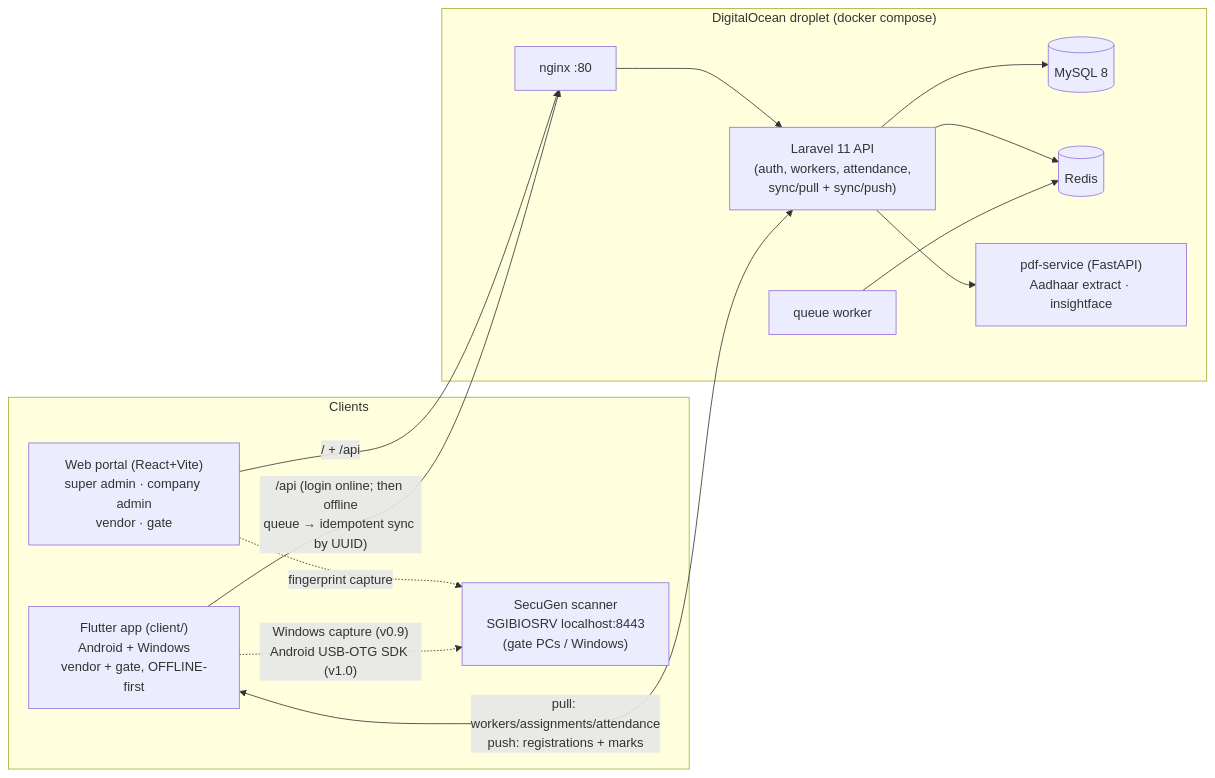
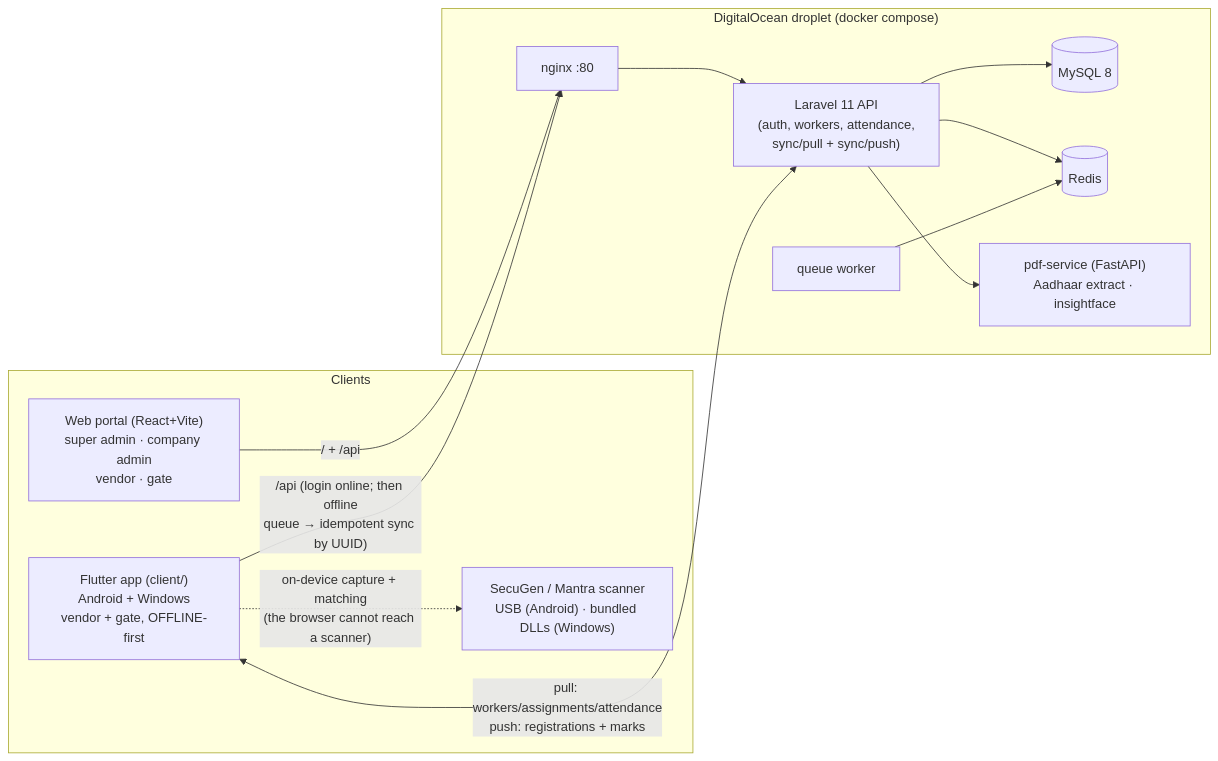
The diagram in README.md (ITSea-Software-Solutions/Attendance-Management-System), drawn with Mermaid before and after one commit. The commit also changed other lines of this file and 5 other files, not shown here.

````diff
--- a/README.md
+++ b/README.md
@@ -13,26 +17,25 @@
 ```mermaid
 flowchart LR
   subgraph Clients
     WEB["Web portal (React+Vite)\nsuper admin · company admin\nvendor · gate"]
     APP["Flutter app (client/)\nAndroid + Windows\nvendor + gate, OFFLINE-first"]
-    SG["SecuGen scanner\nSGIBIOSRV localhost:8443\n(gate PCs / Windows)"]
+    SG["SecuGen / Mantra scanner\nUSB (Android) · bundled DLLs (Windows)"]
   end
   subgraph Server["DigitalOcean droplet (docker compose)"]
     NG[nginx :80]
     BE["Laravel 11 API\n(auth, workers, attendance,\nsync/pull + sync/push)"]
     MY[(MySQL 8)]
     RD[(Redis)]
     PY["pdf-service (FastAPI)\nAadhaar extract · insightface"]
     Q[queue worker]
   end
   WEB -->|/  + /api| NG
   APP -->|"/api (login online; then offline\nqueue → idempotent sync by UUID)"| NG
-  WEB -.->|fingerprint capture| SG
-  APP -.->|"Windows capture (v0.9)\nAndroid USB-OTG SDK (v1.0)"| SG
+  APP -.->|"on-device capture + matching\n(the browser cannot reach a scanner)"| SG
   NG --> BE
   BE --> MY
   BE --> RD
   BE --> PY
   Q --> RD
   APP <-->|"pull: workers/assignments/attendance\npush: registrations + marks"| BE
 ```
````
